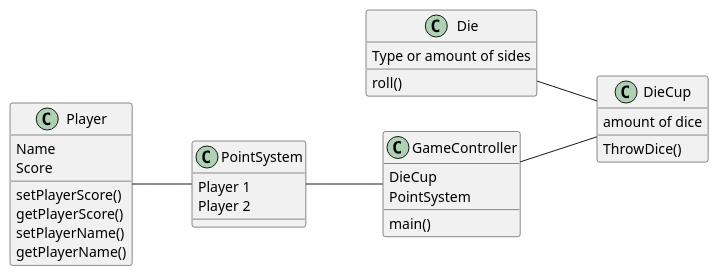
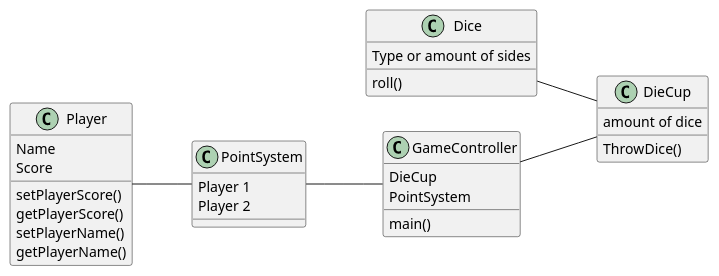
The diagram in G11_del1/src/main/java/Classes.puml (PhilipCramer/11_CDIO_SEMESTER1), drawn with PlantUML before and after one commit.

Commit message:
rettede Die til Dice på klasse diagram

```diff
--- a/G11_del1/src/main/java/Classes.puml
+++ b/G11_del1/src/main/java/Classes.puml
@@ -1,43 +1,43 @@
 @startuml
 'https://plantuml.com/class-diagram
 left to right direction
 
-class Die {
+class Dice {
 Type or amount of sides
 }
-Die : roll()
+Dice : roll()
 
 class Player{
 Name
 Score
 }
 Player : setPlayerScore()
 Player : getPlayerScore()
 Player : setPlayerName()
 Player : getPlayerName()
 
 class DieCup {
 amount of dice
 }
 DieCup : ThrowDice()
 
 class PointSystem {
 Player 1
 Player 2
 }
 
 class GameController {
 DieCup
 PointSystem
 }
 GameController : main()
 
 
 
 GameController -- DieCup
-Die -- DieCup
+Dice -- DieCup
 Player --PointSystem
 PointSystem -- GameController
 
 
 @enduml
```
